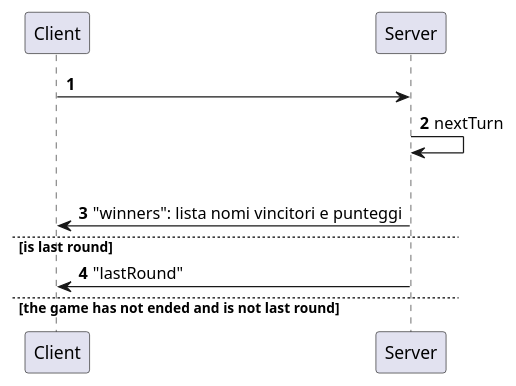
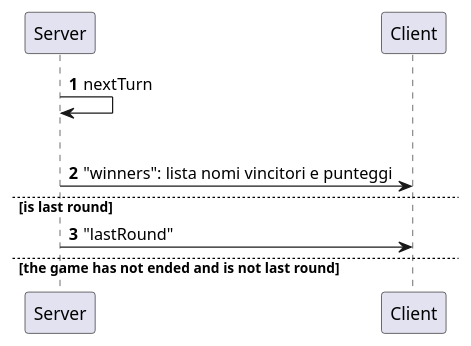
The diagram in deliverables/UML diagrams/Final sequence diagrams/Check game status.puml (dltmtt/IS23-AM13), drawn with PlantUML before and after one commit. The commit also changed 1 other file, not shown here.

```diff
--- a/deliverables/UML diagrams/Final sequence diagrams/Check game status.puml
+++ b/deliverables/UML diagrams/Final sequence diagrams/Check game status.puml
@@ -1,16 +1,16 @@
 @startuml
 'https://plantuml.com/sequence-diagram
 
 autonumber
 
-Client -> Server:
+'Client -> Server:
 Server->Server: nextTurn
 alt game is ended
 Server->Client: "winners": lista nomi vincitori e punteggi
 else is last round
 Server->Client: "lastRound"
 'poi è come in game phase
 else the game has not ended and is not last round
 'come in game phase
 else
 @enduml
```
